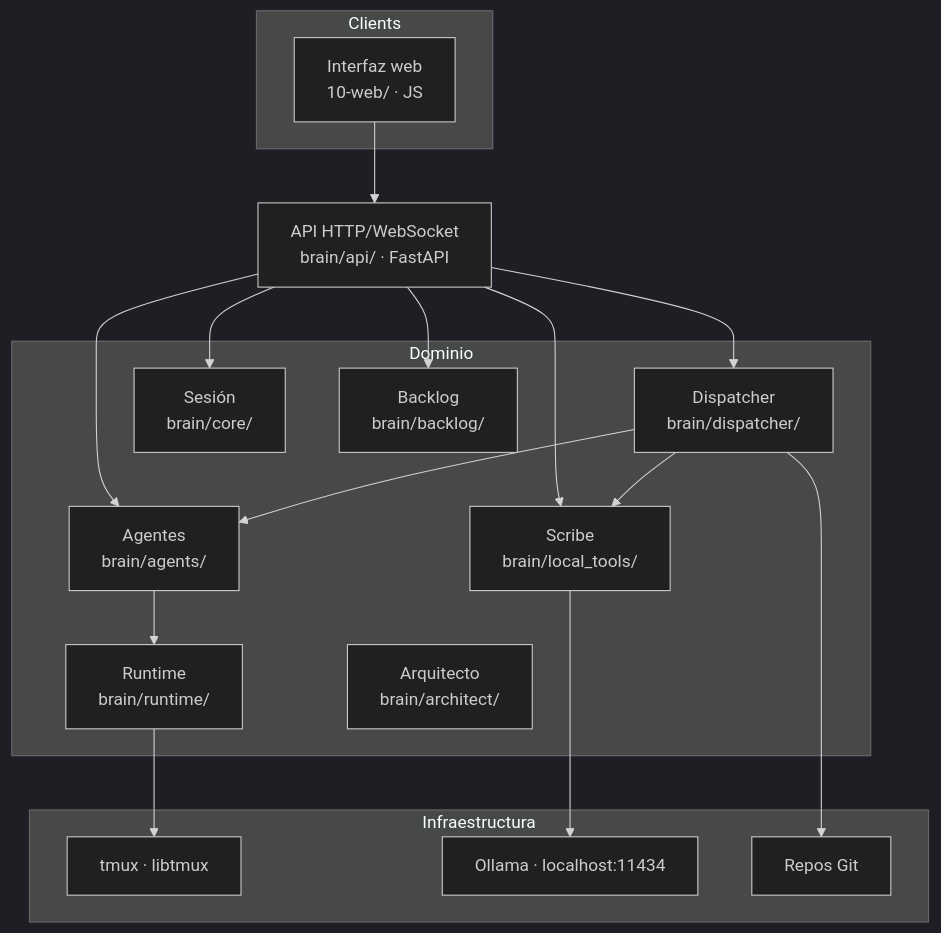
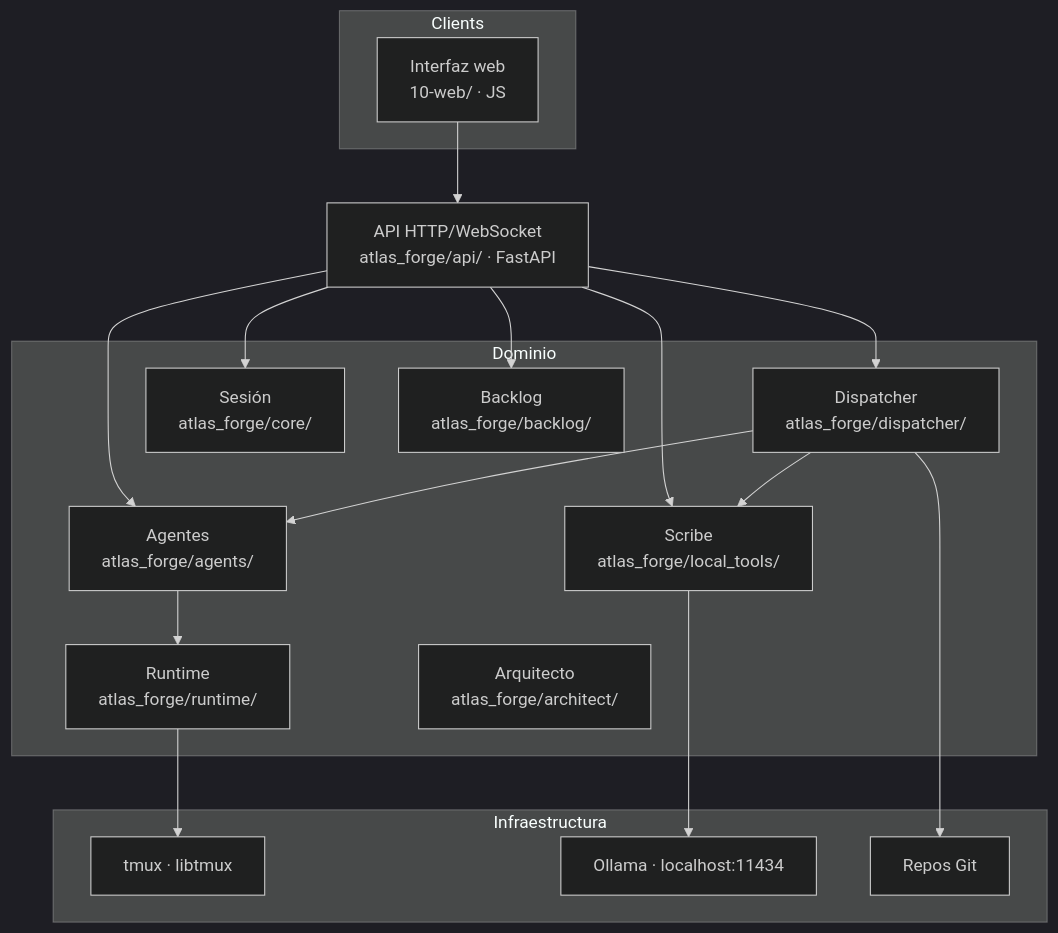
The diagram in docs/es/architecture.md (Yokosillo/atlas-forge), drawn with Mermaid (dark theme) before and after one commit. The commit also changed other lines of this file and 513 other files, not shown here.

First line of the commit message:
Rename package brain to atlas_forge and fix dispatcher agent lifecycle

````diff
--- a/docs/es/architecture.md
+++ b/docs/es/architecture.md
@@ -13,37 +13,37 @@
 ```mermaid
 graph TD
     subgraph Clients
         WEB[Interfaz web<br/>10-web/ · JS]
     end
 
-    API[API HTTP/WebSocket<br/>brain/api/ · FastAPI]
+    API[API HTTP/WebSocket<br/>atlas_forge/api/ · FastAPI]
 
     subgraph Dominio
-        DISP[Dispatcher<br/>brain/dispatcher/]
-        AGENTS[Agentes<br/>brain/agents/]
-        CORE[Sesión<br/>brain/core/]
-        RUNTIME[Runtime<br/>brain/runtime/]
-        BACKLOG[Backlog<br/>brain/backlog/]
-        ARCH[Arquitecto<br/>brain/architect/]
-        SCRIBE[Scribe<br/>brain/local_tools/]
+        DISP[Dispatcher<br/>atlas_forge/dispatcher/]
+        AGENTS[Agentes<br/>atlas_forge/agents/]
+        CORE[Sesión<br/>atlas_forge/core/]
+        RUNTIME[Runtime<br/>atlas_forge/runtime/]
+        BACKLOG[Backlog<br/>atlas_forge/backlog/]
+        ARCH[Arquitecto<br/>atlas_forge/architect/]
+        SCRIBE[Scribe<br/>atlas_forge/local_tools/]
     end
 
     subgraph Infraestructura
         TMUX[tmux · libtmux]
         OLLAMA[Ollama · localhost:11434]
         GIT[Repos Git]
     end
 
     WEB --> API
     API --> DISP
     API --> AGENTS
     API --> CORE
     API --> BACKLOG
     API --> SCRIBE
     DISP --> AGENTS
     DISP --> SCRIBE
     AGENTS --> RUNTIME
     RUNTIME --> TMUX
     SCRIBE --> OLLAMA
     DISP --> GIT
 ```
````
